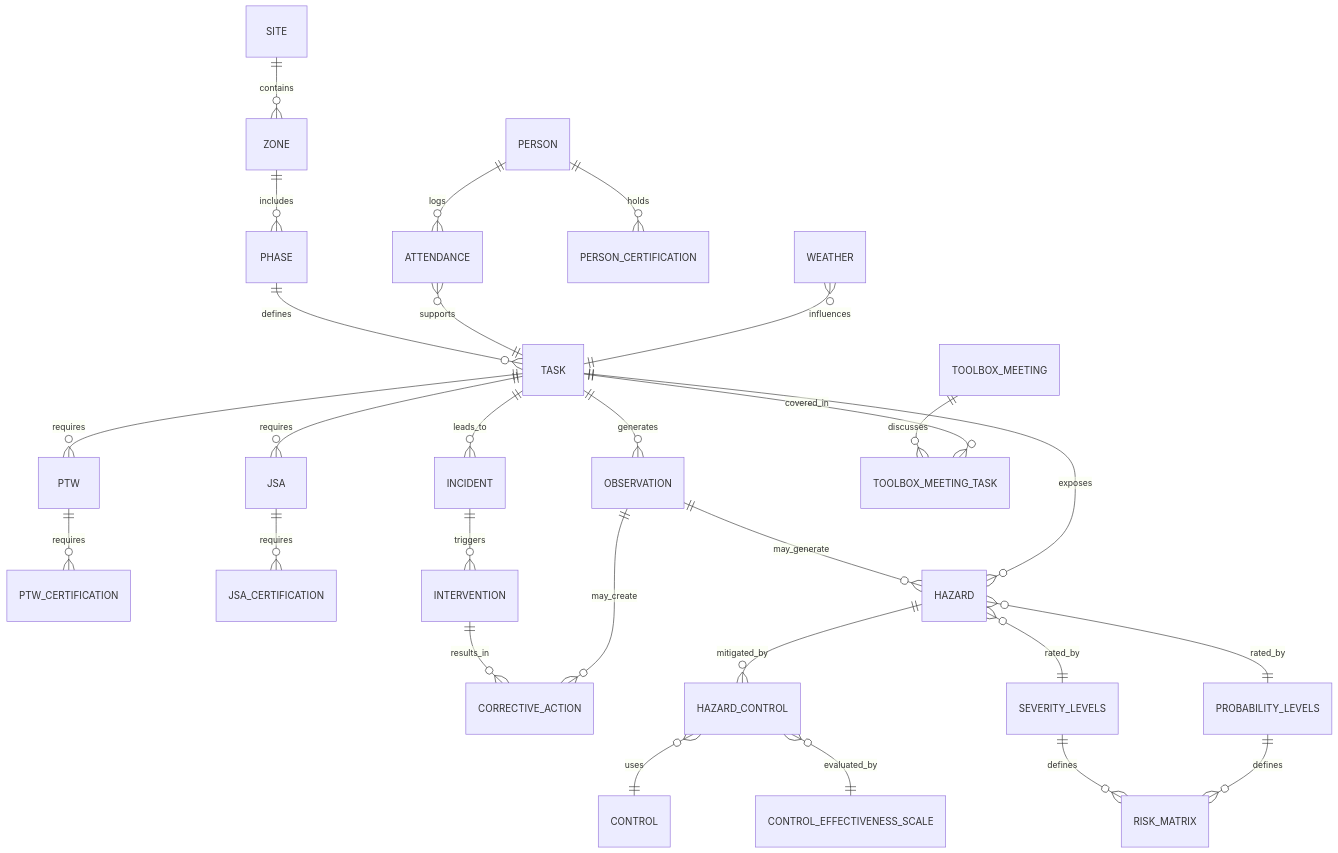
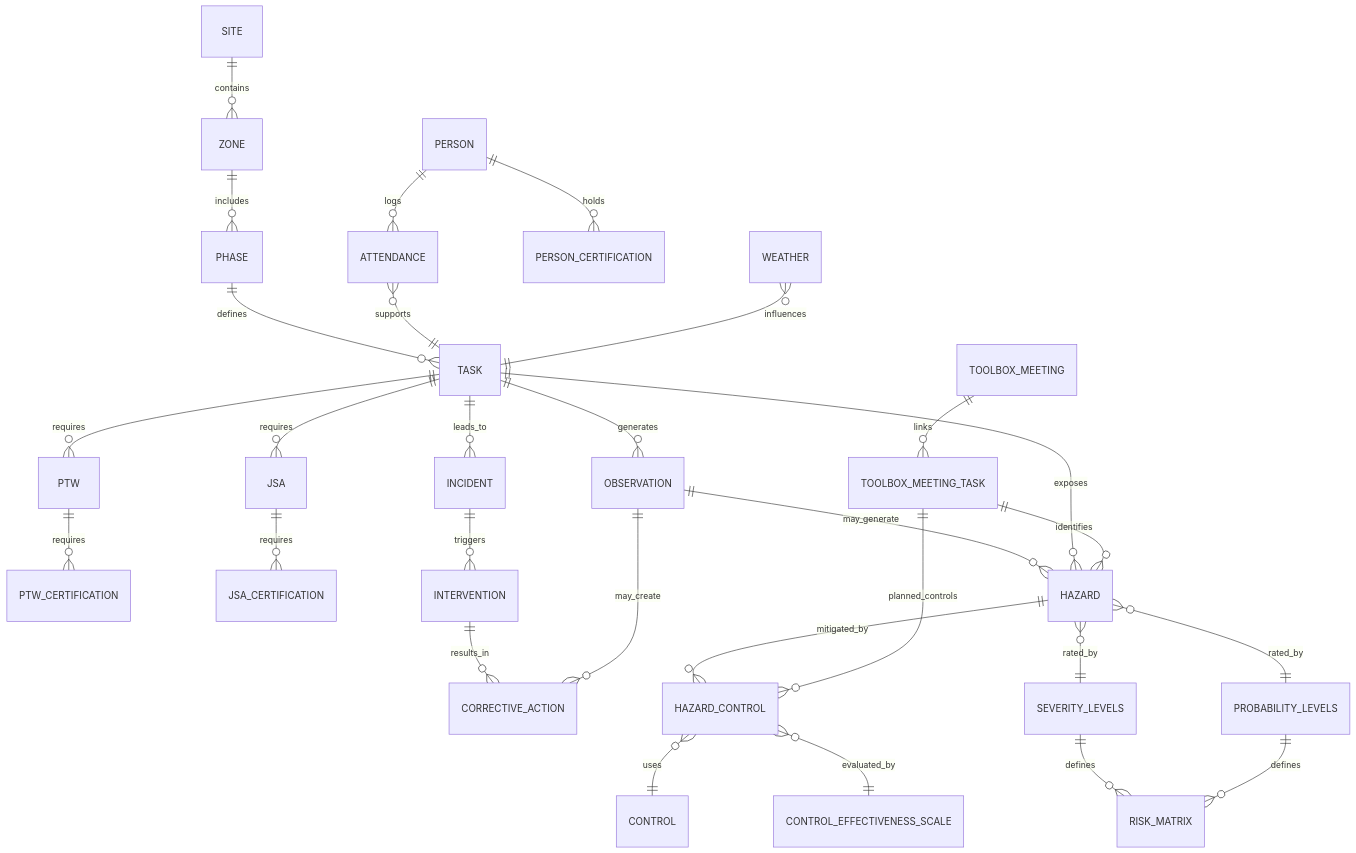
The second of 2 diagrams in README.md (Euchie23/Euchie23), drawn with Mermaid before and after one commit.

````diff
--- a/README.md
+++ b/README.md
@@ -129,40 +129,41 @@
 ```mermaid
 erDiagram
     SITE ||--o{ ZONE : contains
     ZONE ||--o{ PHASE : includes
     PHASE ||--o{ TASK : defines
 
     PERSON ||--o{ ATTENDANCE : logs
     ATTENDANCE }o--|| TASK : supports
 
     TASK ||--o{ PTW : requires
     TASK ||--o{ JSA : requires
 
     PERSON ||--o{ PERSON_CERTIFICATION : holds
     PTW ||--o{ PTW_CERTIFICATION : requires
     JSA ||--o{ JSA_CERTIFICATION : requires
 
     TASK ||--o{ INCIDENT : leads_to
     INCIDENT ||--o{ INTERVENTION : triggers
     INTERVENTION ||--o{ CORRECTIVE_ACTION : results_in
 
     TASK ||--o{ OBSERVATION : generates
     OBSERVATION ||--o{ HAZARD : may_generate
     OBSERVATION ||--o{ CORRECTIVE_ACTION : may_create
 
     TASK ||--o{ HAZARD : exposes
     HAZARD ||--o{ HAZARD_CONTROL : mitigated_by
     HAZARD_CONTROL }o--|| CONTROL : uses
 
+    TOOLBOX_MEETING ||--o{ TOOLBOX_MEETING_TASK : links
+    TOOLBOX_MEETING_TASK ||--o{ HAZARD : identifies
+    TOOLBOX_MEETING_TASK ||--o{ HAZARD_CONTROL : planned_controls
+
     HAZARD }o--|| SEVERITY_LEVELS : rated_by
     HAZARD }o--|| PROBABILITY_LEVELS : rated_by
     SEVERITY_LEVELS ||--o{ RISK_MATRIX : defines
     PROBABILITY_LEVELS ||--o{ RISK_MATRIX : defines
 
     HAZARD_CONTROL }o--|| CONTROL_EFFECTIVENESS_SCALE : evaluated_by
 
     WEATHER }o--|| TASK : influences
-
-    TOOLBOX_MEETING ||--o{ TOOLBOX_MEETING_TASK : discusses
-    TASK ||--o{ TOOLBOX_MEETING_TASK : covered_in
 ```
````
